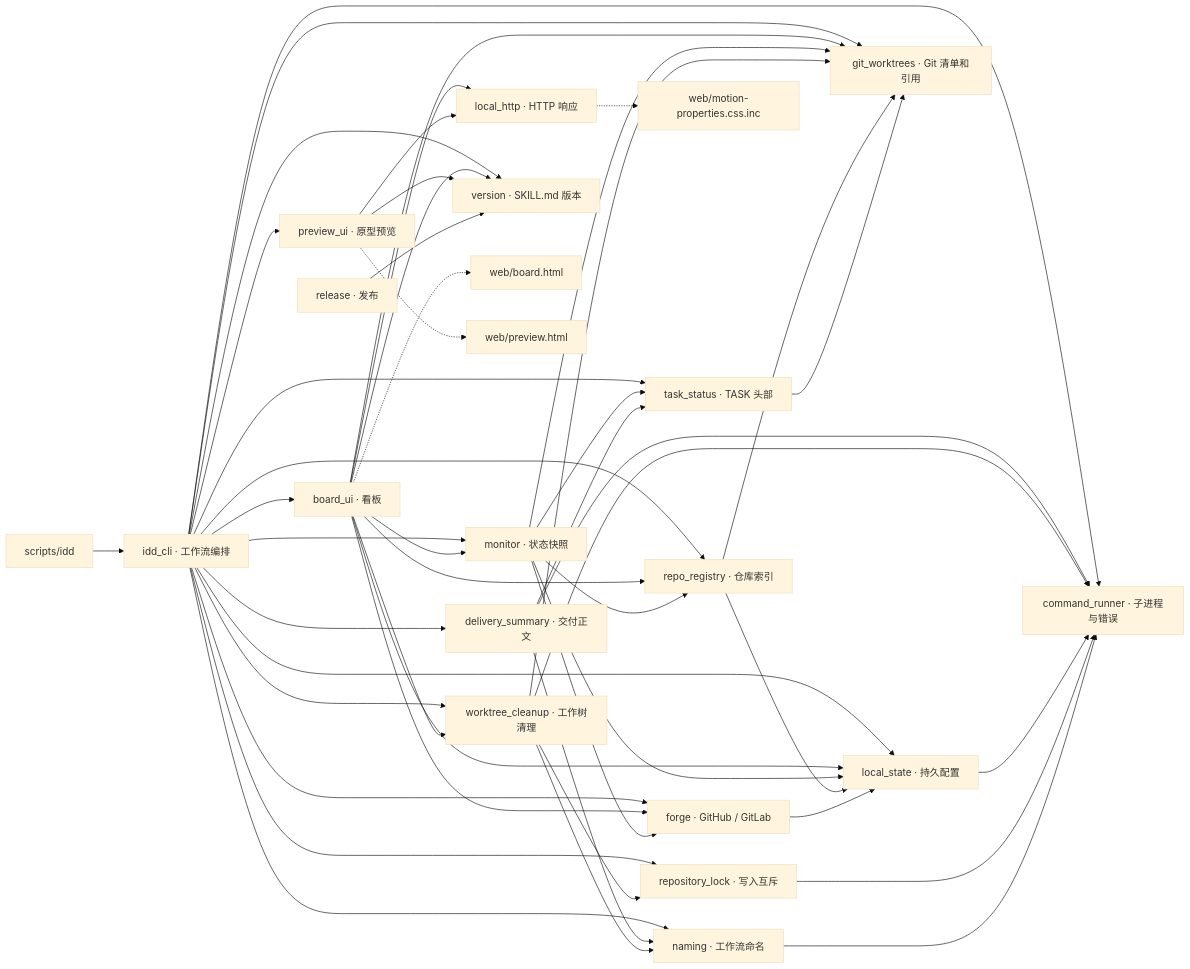
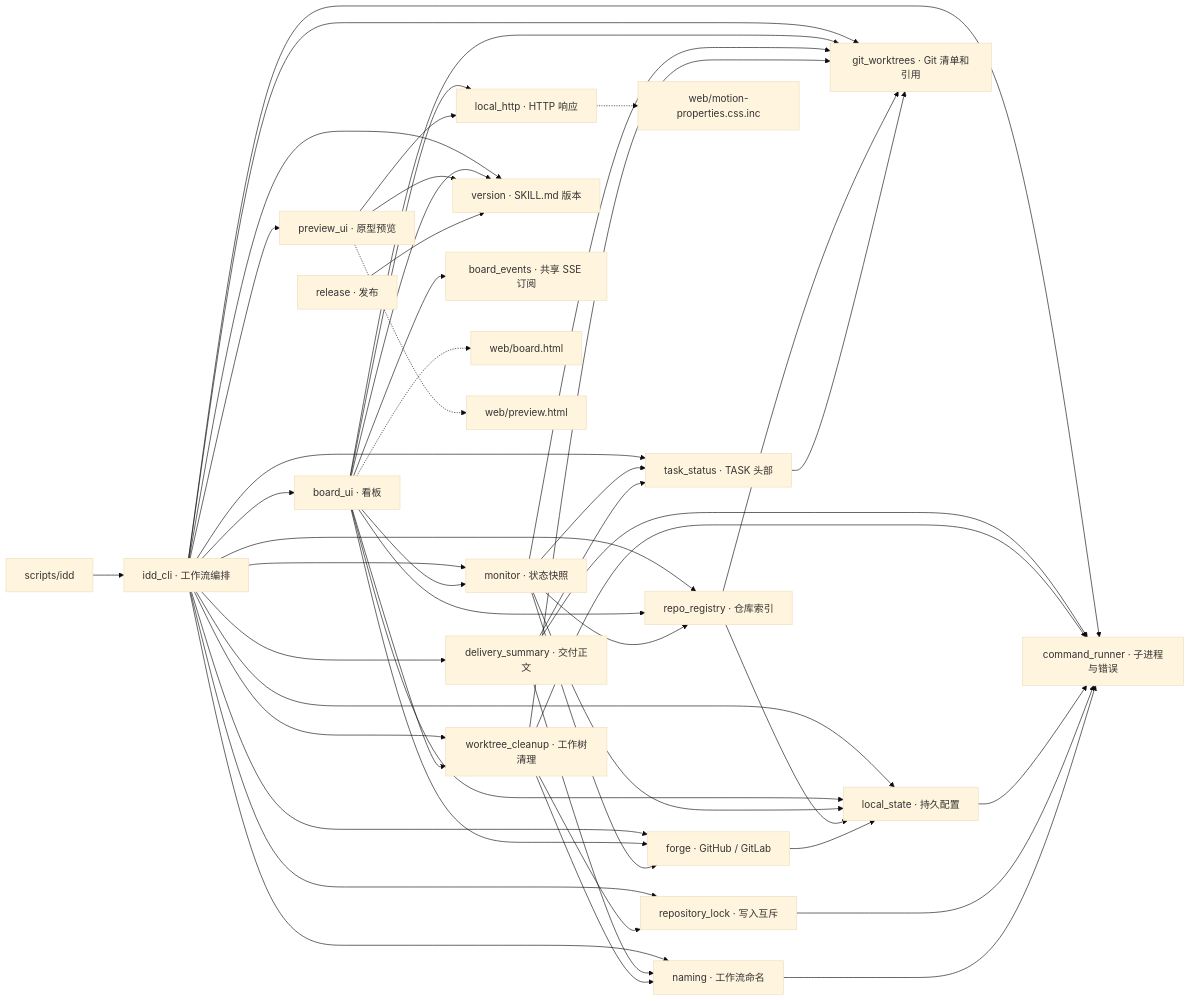
Before and after one commit to j-tide/idd: the diagram in references/architecture.md, drawn with Mermaid (base theme). The commit also changed other lines of this file and 9 other files, not shown here.

First line of the commit message:
feat(board): 看板使用 SSE 推送状态变化 (#83)

````diff
--- a/references/architecture.md
+++ b/references/architecture.md
@@ -9,38 +9,39 @@
 ```mermaid
 flowchart LR
     Entry["scripts/idd"]
     CLI["idd_cli · 工作流编排"]
     Board["board_ui · 看板"]
     Preview["preview_ui · 原型预览"]
     Monitor["monitor · 状态快照"]
     Delivery["delivery_summary · 交付正文"]
     Cleanup["worktree_cleanup · 工作树清理"]
     Registry["repo_registry · 仓库索引"]
     State["local_state · 持久配置"]
     HTTP["local_http · HTTP 响应"]
     Forge["forge · GitHub / GitLab"]
     Git["git_worktrees · Git 清单和引用"]
     Lock["repository_lock · 写入互斥"]
     Tasks["task_status · TASK 头部"]
     Names["naming · 工作流命名"]
     Runner["command_runner · 子进程与错误"]
     Release["release · 发布"]
     Version["version · SKILL.md 版本"]
     Entry --> CLI
     CLI --> Board & Runner & Delivery & Forge & Git & State & Monitor & Names & Preview & Registry & Lock & Tasks & Version & Cleanup
     Board --> Forge & Git & HTTP & State & Monitor & Registry & Version & Cleanup
     Preview --> HTTP & Version
     Monitor --> Forge & Git & State & Registry & Tasks
     Delivery --> Runner & Names & Tasks
     Cleanup --> Runner & Git & Names & Lock
     Registry --> Git & State
     State --> Runner
     Forge --> State
     Lock --> Runner
     Tasks --> Git
     Names --> Runner
     Release --> Version
+    Board --> Events["board_events · 共享 SSE 订阅"]
     Board -.-> BoardPage["web/board.html"]
     Preview -.-> PreviewPage["web/preview.html"]
     HTTP -.-> Motion["web/motion-properties.css.inc"]
 ```
````
